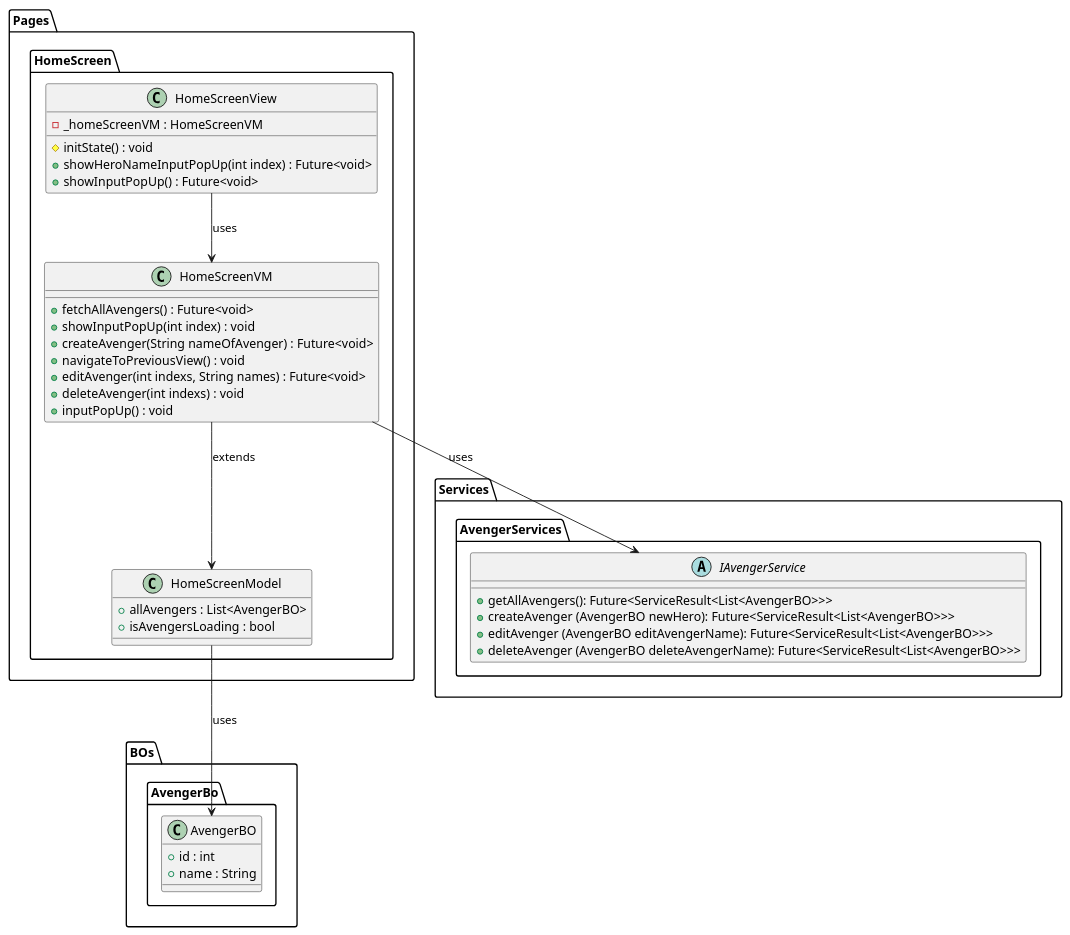
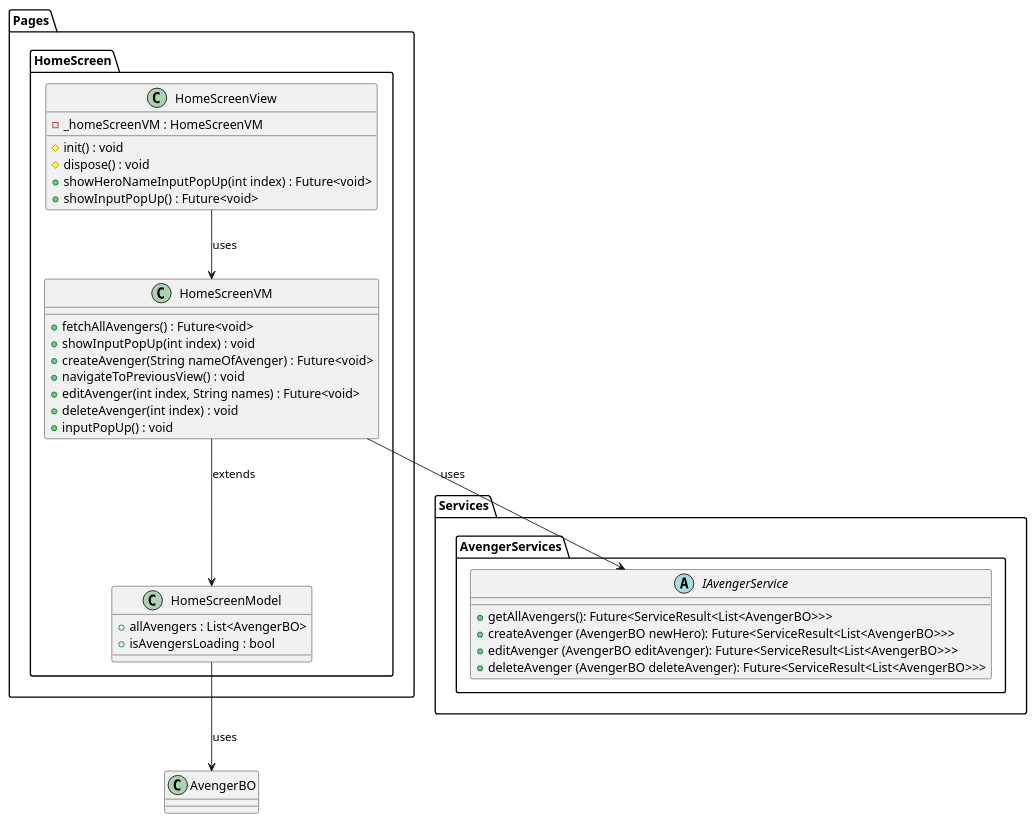
Before and after one commit to ThirumuruganArumugam/API-CRUD: the diagram in lib/Pages/HomeScreen/Design/HomeScreen_Class.puml, drawn with PlantUML. The commit also changed 10 other files, not shown here.

```diff
--- a/lib/Pages/HomeScreen/Design/HomeScreen_Class.puml
+++ b/lib/Pages/HomeScreen/Design/HomeScreen_Class.puml
@@ -1,56 +1,48 @@
 @startuml Home Screen Class Diagram
 
 package Pages{
     package HomeScreen{
         class HomeScreenView{
             - _homeScreenVM : HomeScreenVM
-            # initState() : void
+            # init() : void
+            # dispose() : void
             + showHeroNameInputPopUp(int index) : Future<void>
             + showInputPopUp() : Future<void>
         }
 
         class HomeScreenVM
         {
             + fetchAllAvengers() : Future<void>
             + showInputPopUp(int index) : void
             + createAvenger(String nameOfAvenger) : Future<void>
             + navigateToPreviousView() : void
-            + editAvenger(int indexs, String names) : Future<void>
-            + deleteAvenger(int indexs) : void
+            + editAvenger(int index, String names) : Future<void>
+            + deleteAvenger(int index) : void
             + inputPopUp() : void
         }
 
         class HomeScreenModel{
             + allAvengers : List<AvengerBO>
             + isAvengersLoading : bool
         }
     }
 
 }
 
 package Services{
     package AvengerServices{
         abstract class IAvengerService{
             + getAllAvengers(): Future<ServiceResult<List<AvengerBO>>>
             + createAvenger (AvengerBO newHero): Future<ServiceResult<List<AvengerBO>>>
-            + editAvenger (AvengerBO editAvengerName): Future<ServiceResult<List<AvengerBO>>>
-            + deleteAvenger (AvengerBO deleteAvengerName): Future<ServiceResult<List<AvengerBO>>>
+            + editAvenger (AvengerBO editAvenger): Future<ServiceResult<List<AvengerBO>>>
+            + deleteAvenger (AvengerBO deleteAvenger): Future<ServiceResult<List<AvengerBO>>>
 
-        }
-    }
-}
-
-package BOs{
-    package AvengerBo{
-        class AvengerBO{
-            + id : int
-            + name : String
         }
     }
 }
 
 HomeScreenView --> HomeScreenVM : uses
 HomeScreenVM --> HomeScreenModel : extends
 HomeScreenModel --> AvengerBO : uses
 HomeScreenVM --> IAvengerService : uses
 @enduml
```
